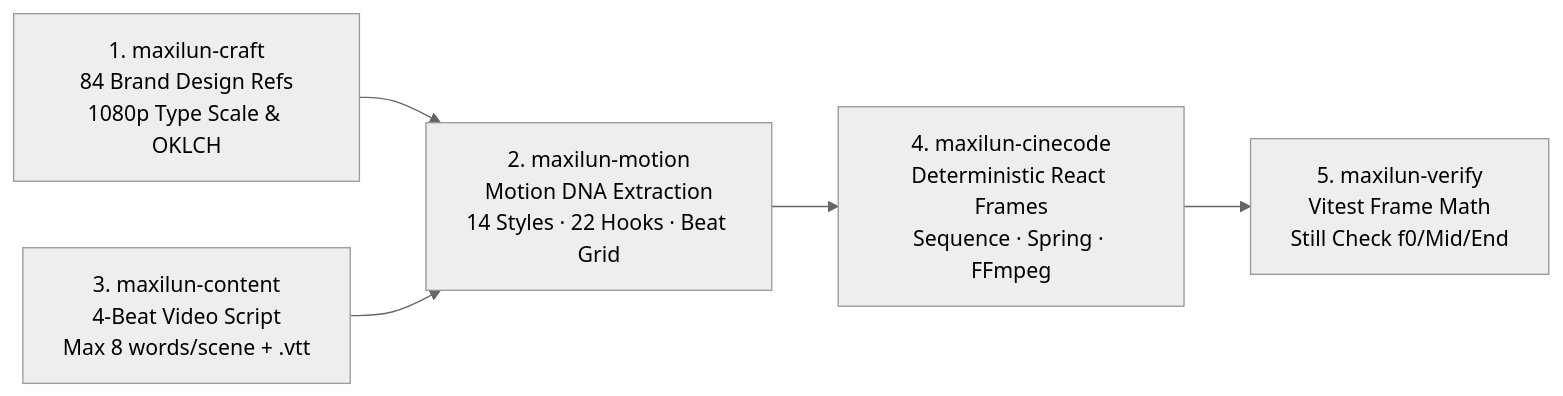
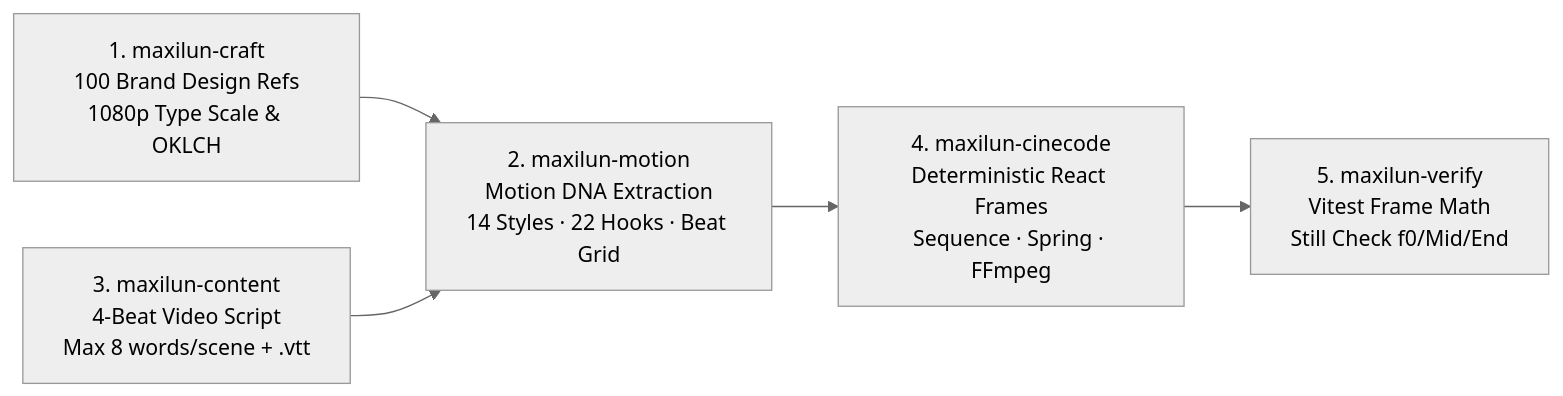
Before and after one commit to giriedu/maxilun: the second of 2 diagrams in README.md, drawn with Mermaid (neutral theme). The commit also changed other lines of this file and 66 other files, not shown here.

````diff
--- a/README.md
+++ b/README.md
@@ -82,7 +82,7 @@
 ```mermaid
 flowchart LR
-    Craft["1. maxilun-craft<br/>84 Brand Design Refs<br/>1080p Type Scale & OKLCH"] --> Motion["2. maxilun-motion<br/>Motion DNA Extraction<br/>14 Styles · 22 Hooks · Beat Grid"]
+    Craft["1. maxilun-craft<br/>100 Brand Design Refs<br/>1080p Type Scale & OKLCH"] --> Motion["2. maxilun-motion<br/>Motion DNA Extraction<br/>14 Styles · 22 Hooks · Beat Grid"]
     Content["3. maxilun-content<br/>4-Beat Video Script<br/>Max 8 words/scene + .vtt"] --> Motion
     Motion --> Cine["4. maxilun-cinecode<br/>Deterministic React Frames<br/>Sequence · Spring · FFmpeg"]
     Cine --> Verify["5. maxilun-verify<br/>Vitest Frame Math<br/>Still Check f0/Mid/End"]
 ```
````
